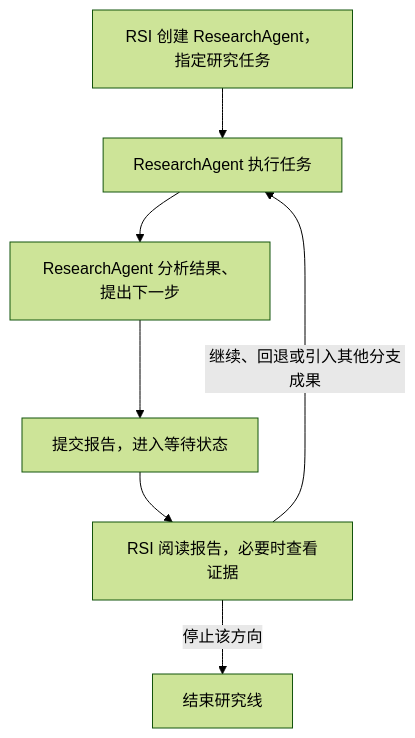
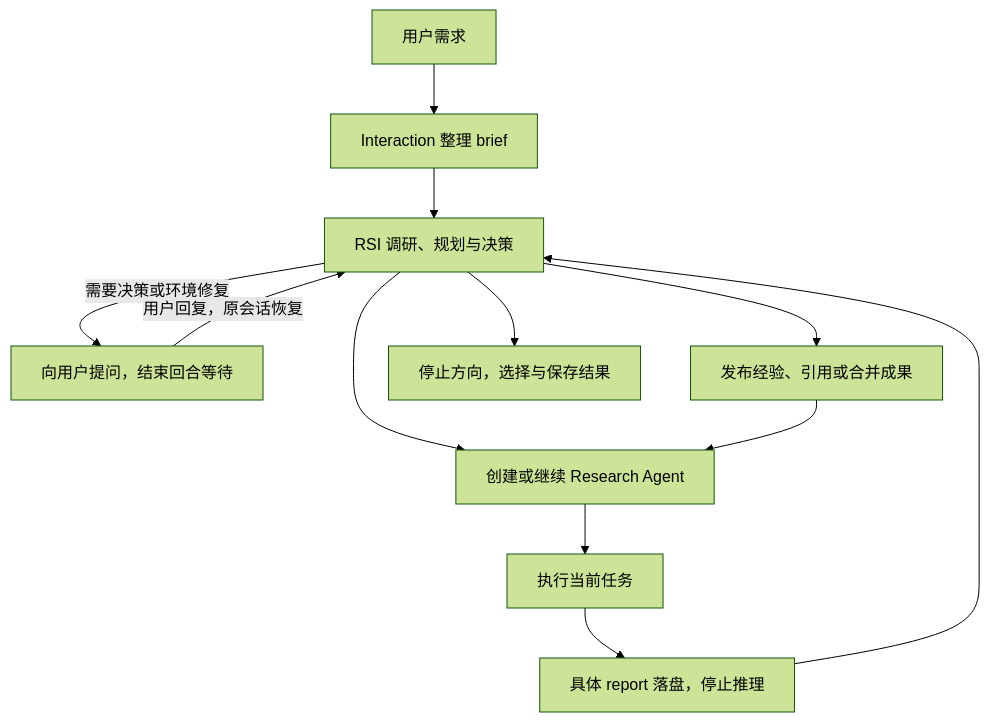
Before and after one commit to areal-project/AReaL-RSI: the diagram in docs/rsi-research-design.md, drawn with Mermaid (forest theme). The commit also changed other lines of this file and 11 other files, not shown here.

Commit message:
docs(research): document architecture, evaluation and operational acceptance

````diff
--- a/docs/rsi-research-design.md
+++ b/docs/rsi-research-design.md
@@ -22,9 +28,14 @@
 ```mermaid
 flowchart TD
-    A[RSI 创建 ResearchAgent，指定研究任务] --> B[ResearchAgent 执行任务]
-    B --> D[ResearchAgent 分析结果、提出下一步]
-    D --> E[提交报告，进入等待状态]
-    E --> F[RSI 阅读报告，必要时查看证据]
-    F -->|继续、回退或引入其他分支成果| B
-    F -->|停止该方向| G[结束研究线]
+    U[用户需求] --> I[Interaction 整理 brief]
+    I --> R[RSI 调研、规划与决策]
+    R --> A[创建或继续 Research Agent]
+    A --> N[执行当前任务]
+    N --> P[具体 report 落盘，停止推理]
+    P --> R
+    R -->|需要决策或环境修复| Q[向用户提问，结束回合等待]
+    Q -->|用户回复，原会话恢复| R
+    R --> E[发布经验、引用或合并成果]
+    E --> A
+    R --> F[停止方向，选择与保存结果]
 ```
````
